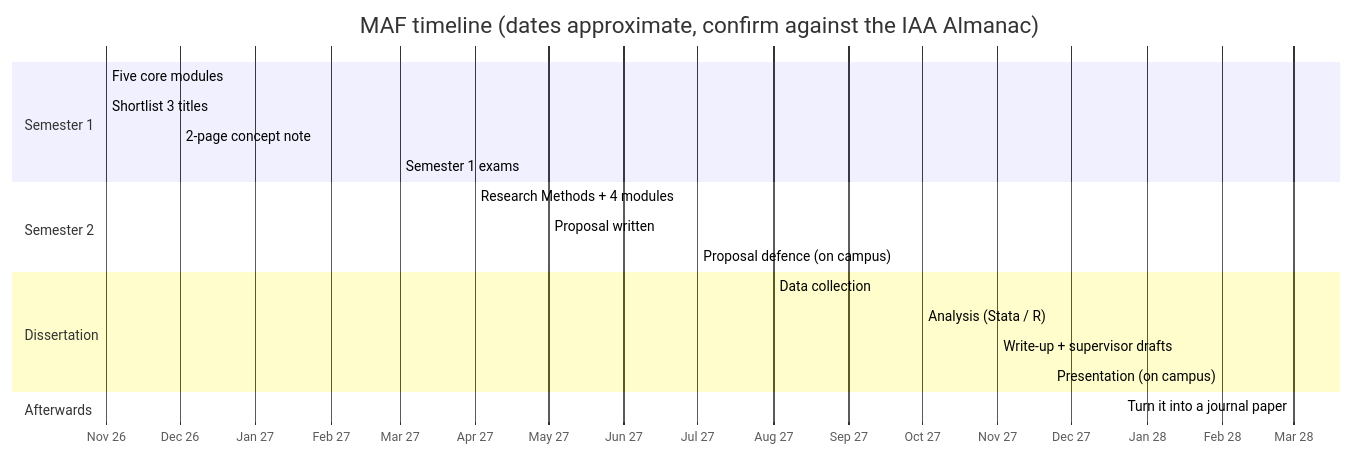
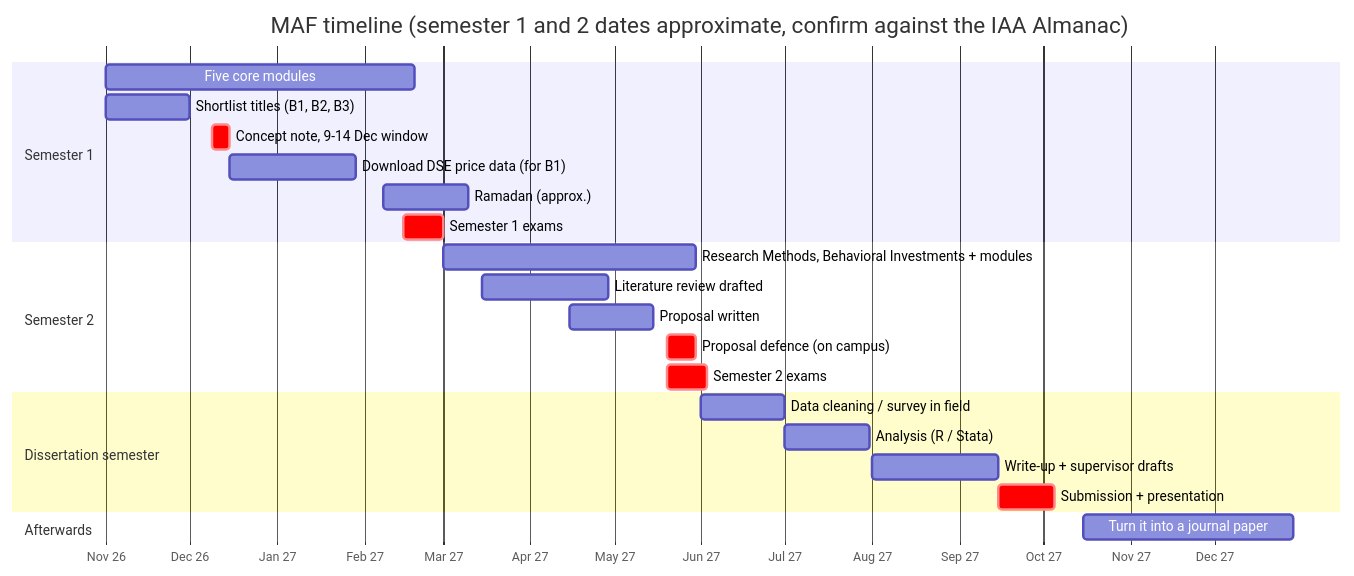
The third of 4 diagrams in 01 Projects/Personal/Master of Accounting and Finance/MAF — Roadmap, Protocol and Timetable.md (ramborocky/obsidian-vault1), drawn with Mermaid before and after one commit. The commit also changed other lines of this file, not shown here.

First line of the commit message:
MAF plan: 12-month course, June 2027 dissertation, behavioural finance

````diff
--- a/01 Projects/Personal/Master of Accounting and Finance/MAF — Roadmap, Protocol and Timetable.md
+++ b/01 Projects/Personal/Master of Accounting and Finance/MAF — Roadmap, Protocol and Timetable.md
@@ -165,22 +182,26 @@
 ```mermaid
 gantt
-    title MAF timeline (dates approximate, confirm against the IAA Almanac)
-    dateFormat YYYY-MM
+    title MAF timeline (semester 1 and 2 dates approximate, confirm against the IAA Almanac)
+    dateFormat YYYY-MM-DD
     axisFormat %b %y
     section Semester 1
-    Five core modules             :s1, 2026-11, 4m
-    Shortlist 3 titles            :t1, 2026-11, 1m
-    2-page concept note           :t2, 2026-12, 1m
-    Semester 1 exams              :crit, e1, 2027-03, 1m
+    Five core modules                   :s1, 2026-11-01, 110d
+    Shortlist titles (B1, B2, B3)       :t1, 2026-11-01, 30d
+    Concept note, 9-14 Dec window       :crit, t2, 2026-12-09, 6d
+    Download DSE price data (for B1)    :t3, 2026-12-15, 45d
+    Ramadan (approx.)                   :r1, 2027-02-08, 30d
+    Semester 1 exams                    :crit, e1, 2027-02-15, 14d
     section Semester 2
-    Research Methods + 4 modules  :s2, 2027-04, 4m
-    Proposal written              :p1, 2027-05, 2m
-    Proposal defence (on campus)  :crit, p2, 2027-07, 1m
-    section Dissertation
-    Data collection               :d1, 2027-08, 2m
-    Analysis (Stata / R)          :d2, 2027-10, 2m
-    Write-up + supervisor drafts  :d3, 2027-11, 3m
-    Presentation (on campus)      :crit, d4, 2028-02, 1m
+    Research Methods, Behavioral Investments + modules :s2, 2027-03-01, 90d
+    Literature review drafted           :p0, 2027-03-15, 45d
+    Proposal written                    :p1, 2027-04-15, 30d
+    Proposal defence (on campus)        :crit, p2, 2027-05-20, 10d
+    Semester 2 exams                    :crit, e2, 2027-05-20, 14d
+    section Dissertation semester
+    Data cleaning / survey in field     :d1, 2027-06-01, 30d
+    Analysis (R / Stata)                :d2, 2027-07-01, 30d
+    Write-up + supervisor drafts        :d3, 2027-08-01, 45d
+    Submission + presentation           :crit, d4, 2027-09-15, 20d
     section Afterwards
-    Turn it into a journal paper  :a1, 2028-03, 3m
+    Turn it into a journal paper        :a1, 2027-10-15, 75d
 ```
````
